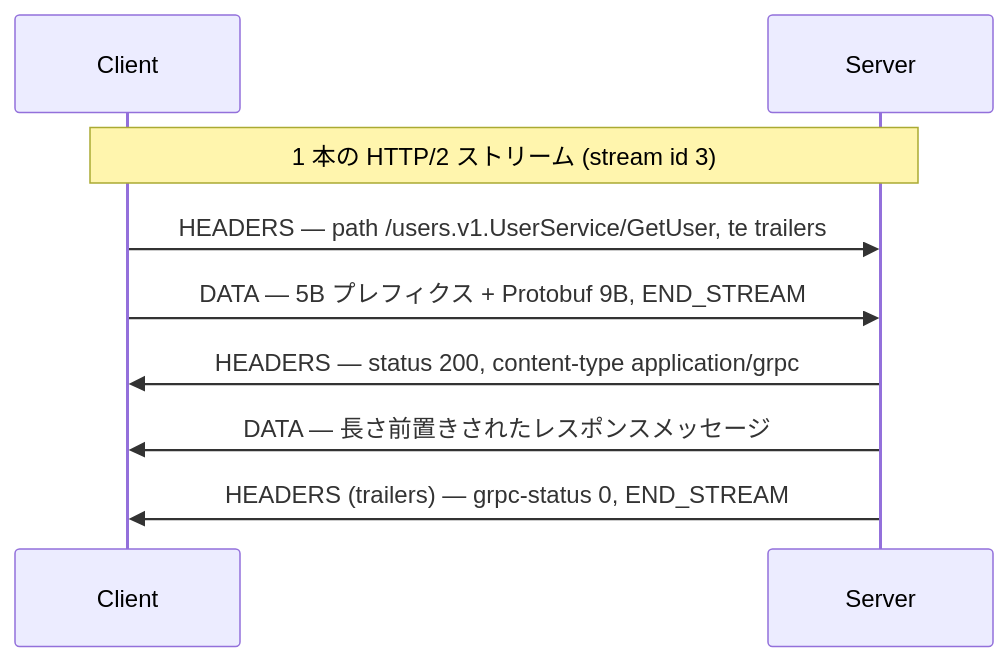
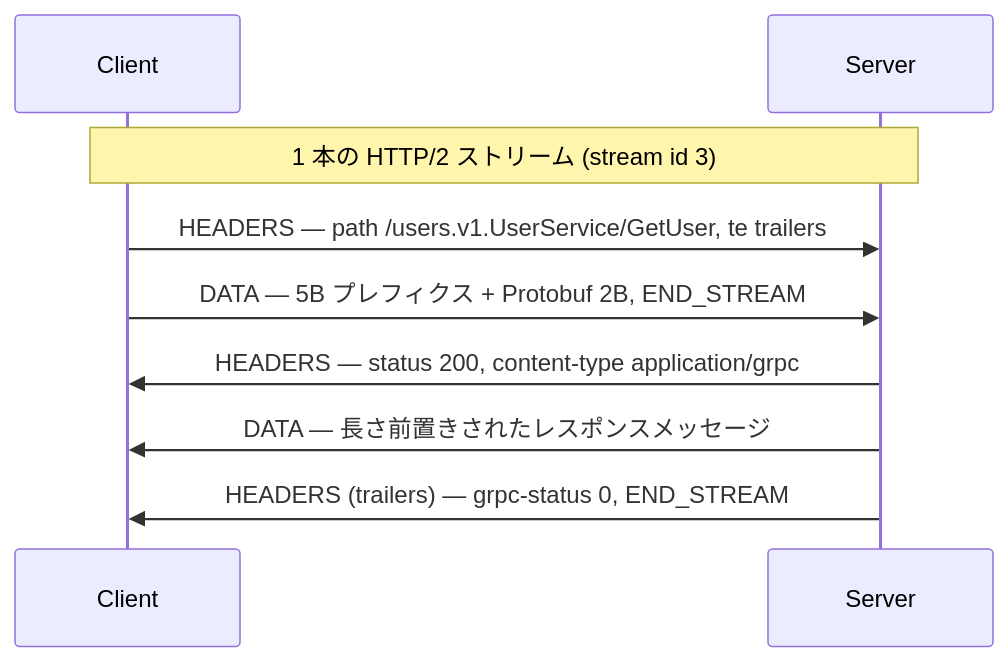
The second of 6 diagrams in content/blog/ja/rpc-vs-rest.mdx (yoichiozaki/yoichiozaki.github.io), drawn with Mermaid before and after one commit. The commit also changed other lines of this file and 220 other files, not shown here.

````diff
--- a/content/blog/ja/rpc-vs-rest.mdx
+++ b/content/blog/ja/rpc-vs-rest.mdx
@@ -296,11 +296,11 @@
 ```mermaid
 sequenceDiagram
     participant C as Client
     participant S as Server
     Note over C,S: 1 本の HTTP/2 ストリーム (stream id 3)
     C->>S: HEADERS — path /users.v1.UserService/GetUser, te trailers
-    C->>S: DATA — 5B プレフィクス + Protobuf 9B, END_STREAM
+    C->>S: DATA — 5B プレフィクス + Protobuf 2B, END_STREAM
     S->>C: HEADERS — status 200, content-type application/grpc
     S->>C: DATA — 長さ前置きされたレスポンスメッセージ
     S->>C: HEADERS (trailers) — grpc-status 0, END_STREAM
 ```
````
